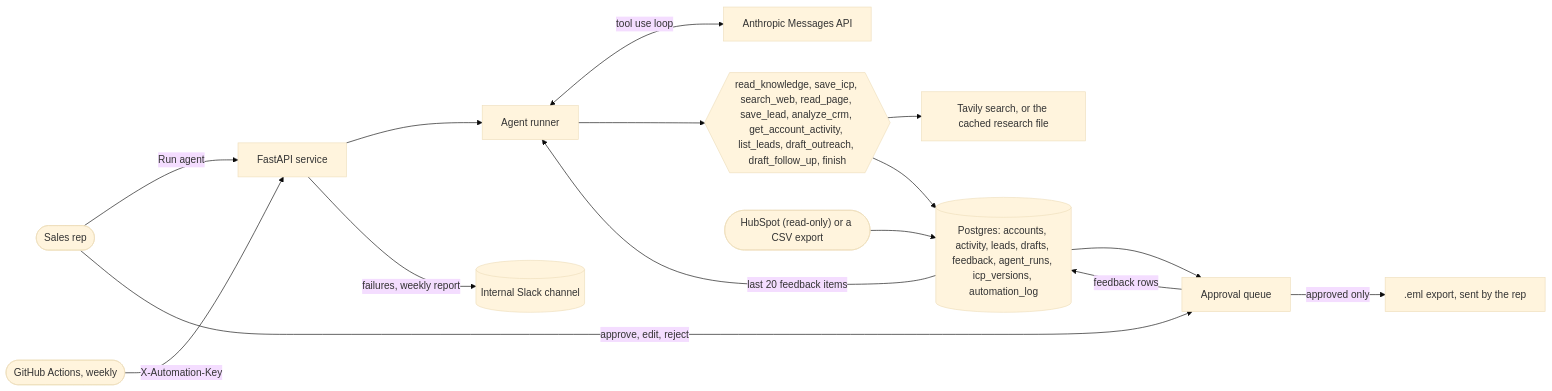
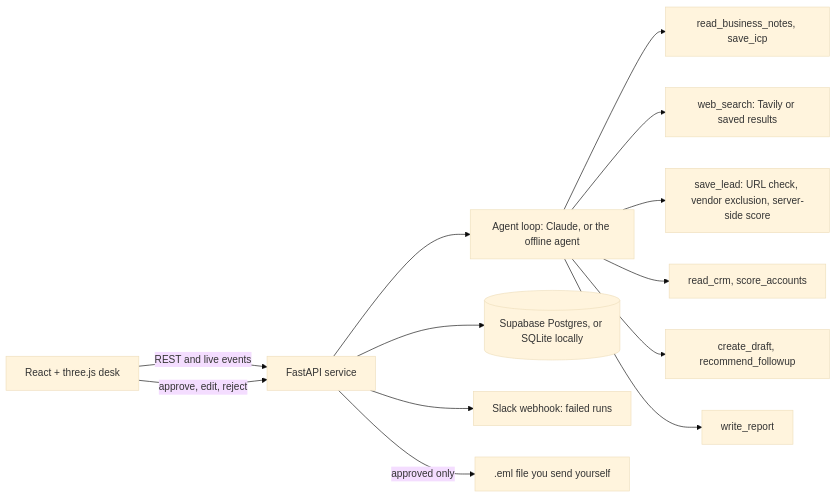
The diagram in demo-2-sales-agent/README.md (umer-78/ai-automation-demos), drawn with Mermaid (base theme) before and after one commit. The commit also changed other lines of this file and 342 other files, not shown here.

````diff
--- a/demo-2-sales-agent/README.md
+++ b/demo-2-sales-agent/README.md
@@ -60,17 +28,15 @@
 ```mermaid
 flowchart LR
-    rep([Sales rep]) -- "Run agent" --> api[FastAPI service]
-    cron([GitHub Actions, weekly]) -- "X-Automation-Key" --> api
-    api --> runner[Agent runner]
-    runner <-- "tool use loop" --> model["Anthropic Messages API"]
-    runner --> tools{{"read_knowledge, save_icp, search_web, read_page, save_lead, analyze_crm, get_account_activity, list_leads, draft_outreach, draft_follow_up, finish"}}
-    tools --> search["Tavily search, or the cached research file"]
-    tools --> db[("Postgres: accounts, activity, leads, drafts, feedback, agent_runs, icp_versions, automation_log")]
-    crm(["HubSpot (read-only) or a CSV export"]) --> db
-    db --> queue[Approval queue]
-    rep -- "approve, edit, reject" --> queue
-    queue -- "feedback rows" --> db
-    db -- "last 20 feedback items" --> runner
-    queue -- "approved only" --> eml[".eml export, sent by the rep"]
-    api -- "failures, weekly report" --> slack[(Internal Slack channel)]
+  UI[React + three.js desk] -- REST and live events --> API[FastAPI service]
+  API --> LOOP[Agent loop: Claude, or the offline agent]
+  LOOP --> T1[read_business_notes, save_icp]
+  LOOP --> T2[web_search: Tavily or saved results]
+  LOOP --> T3[save_lead: URL check, vendor exclusion, server-side score]
+  LOOP --> T4[read_crm, score_accounts]
+  LOOP --> T5[create_draft, recommend_followup]
+  LOOP --> T6[write_report]
+  API --> DB[(Supabase Postgres, or SQLite locally)]
+  API --> SL[Slack webhook: failed runs]
+  UI -- approve, edit, reject --> API
+  API -- approved only --> EML[.eml file you send yourself]
 ```
````
